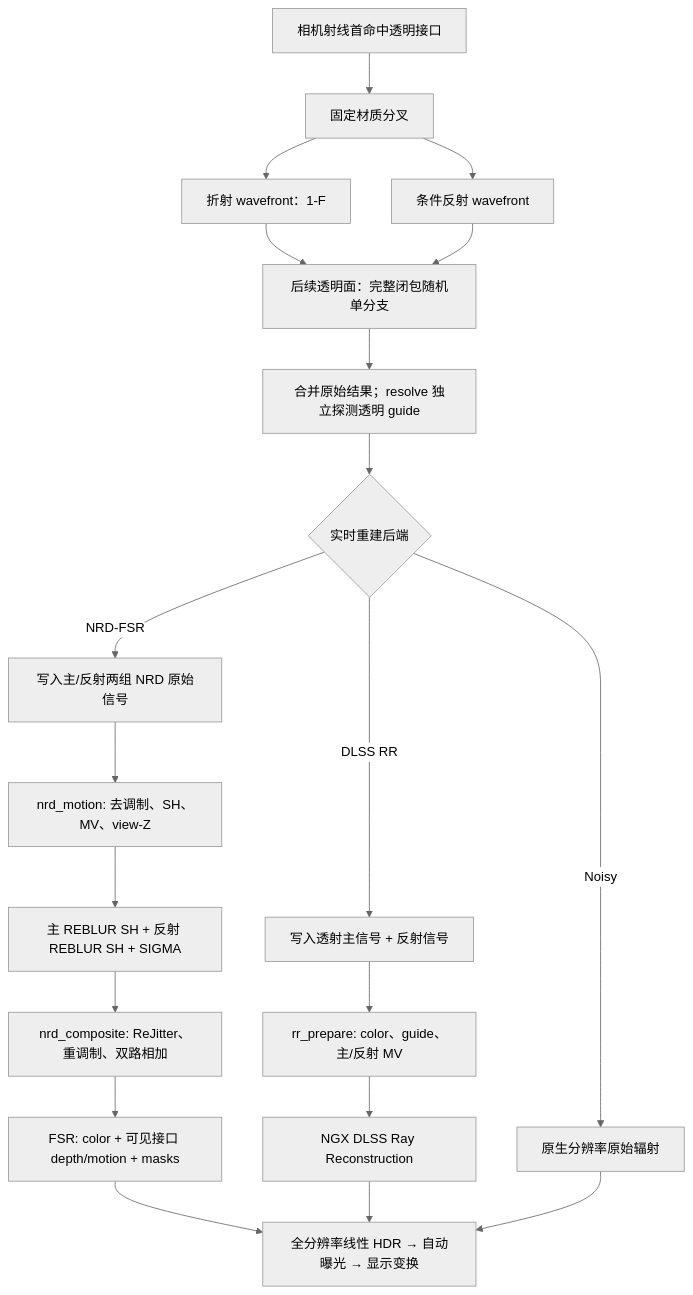
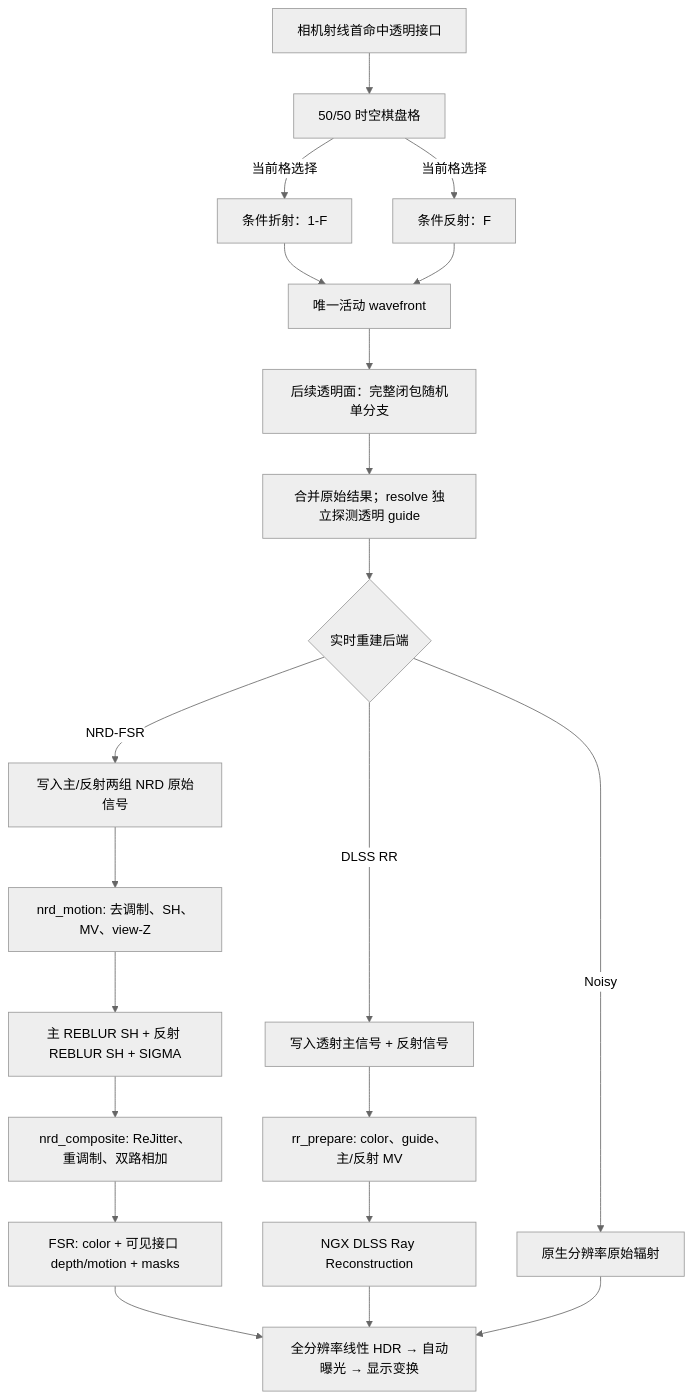
The diagram in docs/透明渲染与实时重建.md (187J3X1-114514/prime), drawn with Mermaid (neutral theme) before and after one commit. The commit also changed other lines of this file and 38 other files, not shown here.

````diff
--- a/docs/透明渲染与实时重建.md
+++ b/docs/透明渲染与实时重建.md
@@ -53,25 +54,26 @@
 ```mermaid
 flowchart TD
-    A["相机射线首命中透明接口"] --> B["固定材质分叉"]
-    B --> T["折射 wavefront：1-F"]
-    B --> R["条件反射 wavefront"]
-    T --> C["后续透明面：完整闭包随机单分支"]
+    A["相机射线首命中透明接口"] --> B["50/50 时空棋盘格"]
+    B -->|当前格选择| T["条件折射：1-F"]
+    B -->|当前格选择| R["条件反射：F"]
+    T --> C["唯一活动 wavefront"]
     R --> C
-    C --> M["合并原始结果；resolve 独立探测透明 guide"]
+    C --> L["后续透明面：完整闭包随机单分支"]
+    L --> M["合并原始结果；resolve 独立探测透明 guide"]
     M --> S{"实时重建后端"}
 
     S -->|NRD-FSR| N0["写入主/反射两组 NRD 原始信号"]
     N0 --> N1["nrd_motion: 去调制、SH、MV、view-Z"]
     N1 --> N2["主 REBLUR SH + 反射 REBLUR SH + SIGMA"]
     N2 --> N3["nrd_composite: ReJitter、重调制、双路相加"]
     N3 --> F["FSR: color + 可见接口 depth/motion + masks"]
     F --> D["全分辨率线性 HDR → 自动曝光 → 显示变换"]
 
     S -->|DLSS RR| Q0["写入透射主信号 + 反射信号"]
     Q0 --> Q1["rr_prepare: color、guide、主/反射 MV"]
     Q1 --> Q2["NGX DLSS Ray Reconstruction"]
     Q2 --> D
 
     S -->|Noisy| U0["原生分辨率原始辐射"]
     U0 --> D
 ```
````
